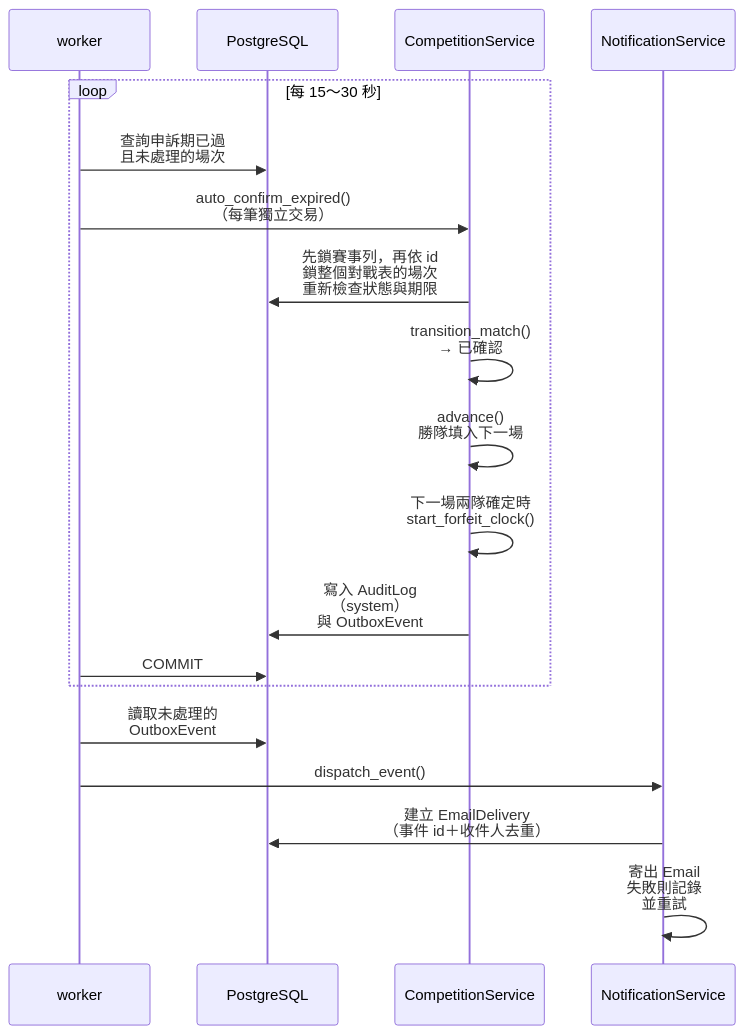
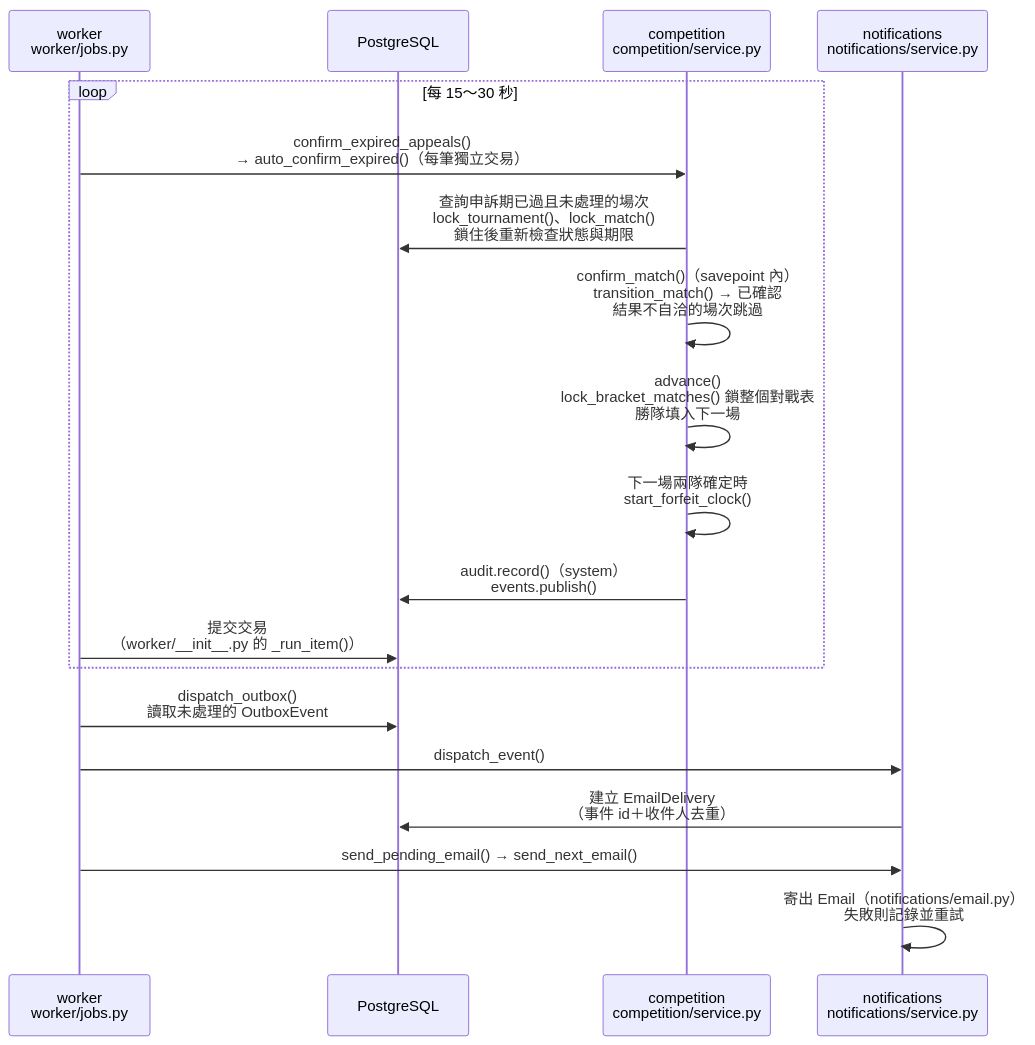
The fifth of 6 diagrams in docs/midterm/C-軟體設計文件.md (Team14good/esport-platform), drawn with Mermaid before and after one commit. The commit also changed other lines of this file and 27 other files, not shown here.

First line of the commit message:
docs: B、C、D 其餘的圖全部對照程式標註 (#92)

````diff
--- a/docs/midterm/C-軟體設計文件.md
+++ b/docs/midterm/C-軟體設計文件.md
@@ -255,21 +262,21 @@
 ```mermaid
 sequenceDiagram
-  participant W as worker
+  participant W as worker<br/>worker/jobs.py
   participant DB as PostgreSQL
-  participant C as CompetitionService
-  participant N as NotificationService
+  participant C as competition<br/>competition/service.py
+  participant N as notifications<br/>notifications/service.py
   loop 每 15～30 秒
-    W->>DB: 查詢申訴期已過<br/>且未處理的場次
-    W->>C: auto_confirm_expired()<br/>（每筆獨立交易）
-    C->>DB: 先鎖賽事列，再依 id<br/>鎖整個對戰表的場次<br/>重新檢查狀態與期限
-    C->>C: transition_match()<br/>→ 已確認
-    C->>C: advance()<br/>勝隊填入下一場
+    W->>C: confirm_expired_appeals()<br/>→ auto_confirm_expired()（每筆獨立交易）
+    C->>DB: 查詢申訴期已過且未處理的場次<br/>lock_tournament()、lock_match()<br/>鎖住後重新檢查狀態與期限
+    C->>C: confirm_match()（savepoint 內）<br/>transition_match() → 已確認<br/>結果不自洽的場次跳過
+    C->>C: advance()<br/>lock_bracket_matches() 鎖整個對戰表<br/>勝隊填入下一場
     C->>C: 下一場兩隊確定時<br/>start_forfeit_clock()
-    C->>DB: 寫入 AuditLog<br/>（system）<br/>與 OutboxEvent
-    W->>DB: COMMIT
+    C->>DB: audit.record()（system）<br/>events.publish()
+    W->>DB: 提交交易<br/>（worker/__init__.py 的 _run_item()）
   end
-  W->>DB: 讀取未處理的<br/>OutboxEvent
+  W->>DB: dispatch_outbox()<br/>讀取未處理的 OutboxEvent
   W->>N: dispatch_event()
   N->>DB: 建立 EmailDelivery<br/>（事件 id＋收件人去重）
-  N->>N: 寄出 Email<br/>失敗則記錄<br/>並重試
+  W->>N: send_pending_email() → send_next_email()
+  N->>N: 寄出 Email（notifications/email.py）<br/>失敗則記錄並重試
 ```
````
